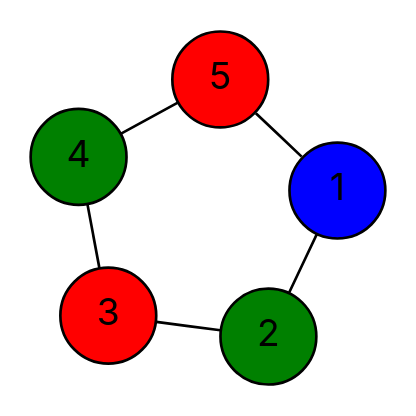
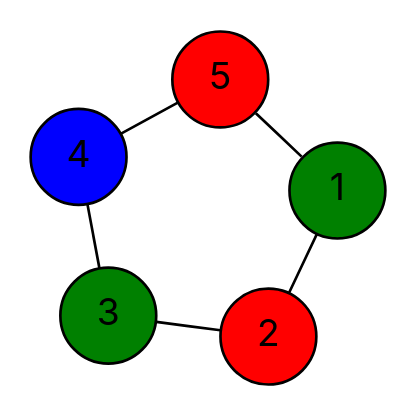
The diagram in data/final-dots/easy-03-sequential.dot (vercah/vertex-coloring), drawn with Graphviz before and after one commit. The commit also changed 106 other files, not shown here.

```diff
--- a/data/final-dots/easy-03-sequential.dot
+++ b/data/final-dots/easy-03-sequential.dot
@@ -1,16 +1,16 @@
 graph G {
   layout=neato;
   overlap=false;
   splines=true;
   node [shape=circle, style=filled, fontname=Inter];
-  1 [label="1", fillcolor="blue", tooltip="v1 color 2"];
-  2 [label="2", fillcolor="green", tooltip="v2 color 1"];
-  3 [label="3", fillcolor="red", tooltip="v3 color 0"];
-  4 [label="4", fillcolor="green", tooltip="v4 color 1"];
+  1 [label="1", fillcolor="green", tooltip="v1 color 1"];
+  2 [label="2", fillcolor="red", tooltip="v2 color 0"];
+  3 [label="3", fillcolor="green", tooltip="v3 color 1"];
+  4 [label="4", fillcolor="blue", tooltip="v4 color 2"];
   5 [label="5", fillcolor="red", tooltip="v5 color 0"];
   1 -- 2;
   1 -- 5;
   2 -- 3;
   3 -- 4;
   4 -- 5;
 }
```
